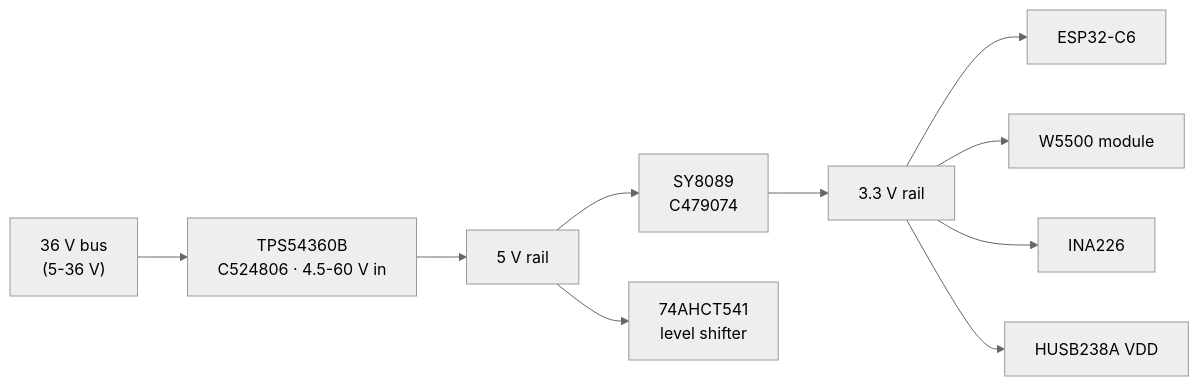
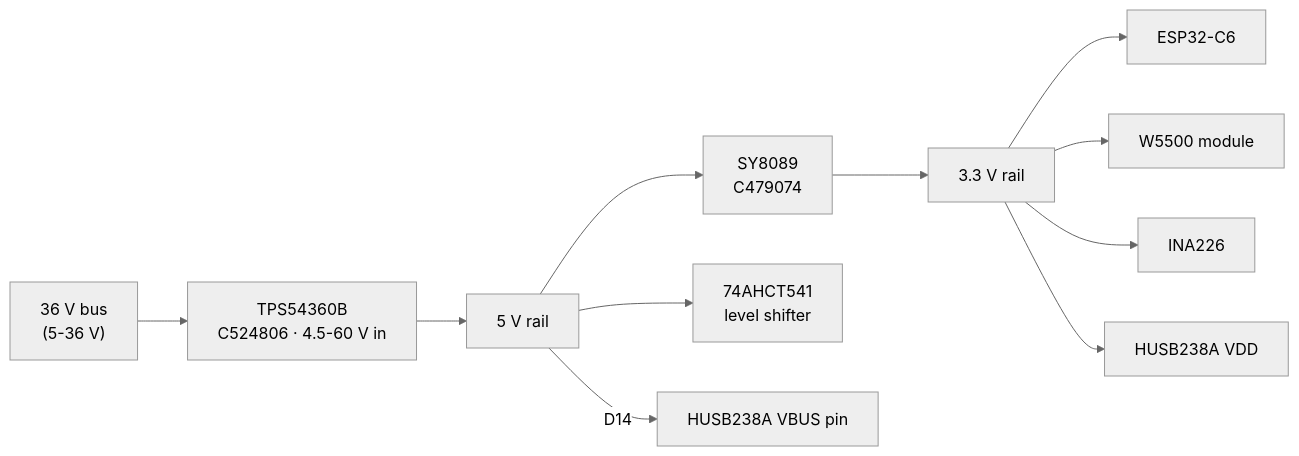
One commit to lucsoft/pcb-design changed the third of 4 diagrams in designs/led-matrix-controller/README.md. Above: the diagram before and after it, drawn with Mermaid (neutral theme). The commit also changed other lines of this file and 6 other files, not shown here.

````diff
--- a/designs/led-matrix-controller/README.md
+++ b/designs/led-matrix-controller/README.md
@@ -308,12 +318,13 @@
 ```mermaid
 flowchart LR
     BUS["36 V bus<br/>(5-36 V)"] --> B1["TPS54360B<br/>C524806 · 4.5-60 V in"]
-    B1 --> R5["5 V rail"]
-    R5 --> B2["SY8089<br/>C479074"]
-    B2 --> R3["3.3 V rail"]
-    R5 --> LS["74AHCT541<br/>level shifter"]
-    R3 --> MCU["ESP32-C6"]
-    R3 --> ETH["W5500 module"]
-    R3 --> SENSE["INA226"]
-    R3 --> PD["HUSB238A VDD"]
+    B1 --> RAIL5["5 V rail"]
+    RAIL5 --> B2["SY8089<br/>C479074"]
+    B2 --> RAIL3["3.3 V rail"]
+    RAIL5 --> LS["74AHCT541<br/>level shifter"]
+    RAIL5 -->|"D14"| PDV["HUSB238A VBUS pin"]
+    RAIL3 --> MCU["ESP32-C6"]
+    RAIL3 --> ETH["W5500 module"]
+    RAIL3 --> SENSE["INA226"]
+    RAIL3 --> PD["HUSB238A VDD"]
 ```
````
